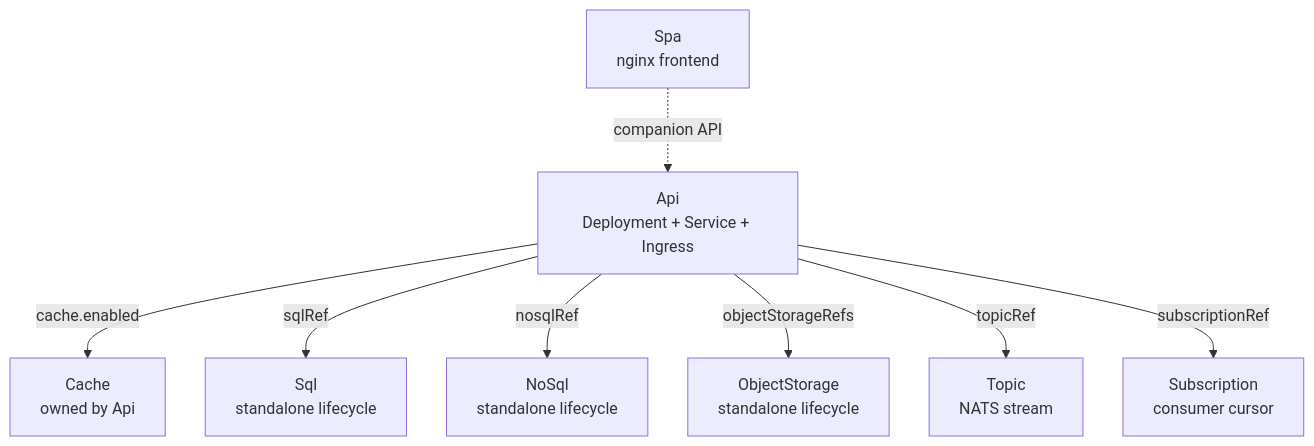
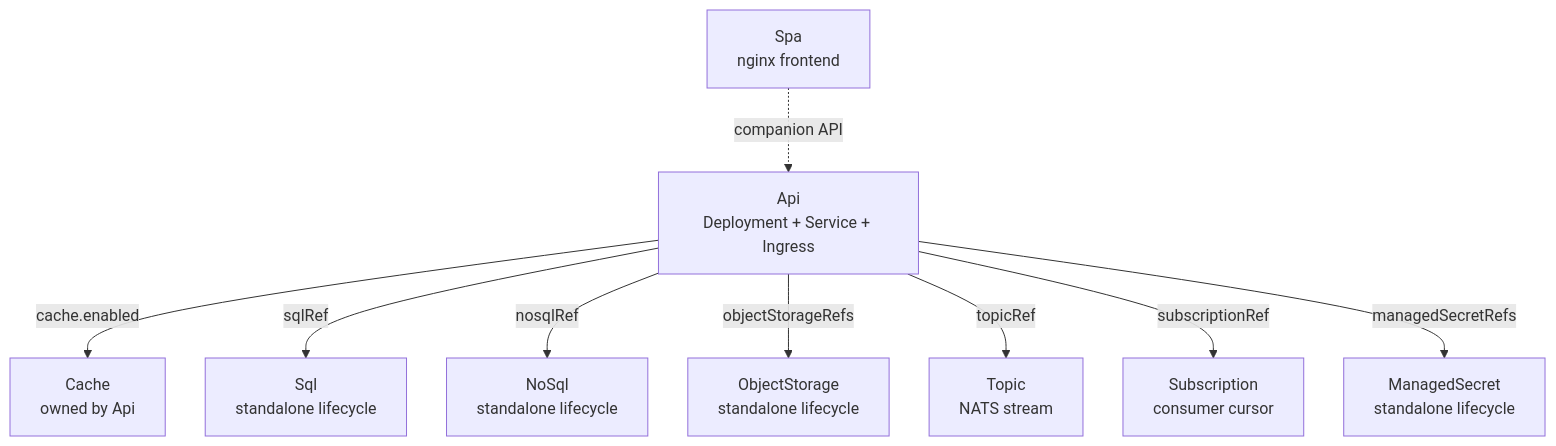
Before and after one commit to cujarrett/homelab: the first of 2 diagrams in platform/README.md, drawn with Mermaid. The commit also changed other lines of this file and 10 other files, not shown here.

Commit message:
feat: fetch ManagedSecret values from Secrets Manager

````diff
--- a/platform/README.md
+++ b/platform/README.md
@@ -33,20 +34,22 @@
 ```mermaid
 %%{init: {'flowchart': {'nodeSpacing': 40, 'rankSpacing': 60}}}%%
 flowchart TD
     api["Api\nDeployment + Service + Ingress"]
     spa["Spa\nnginx frontend"]
     cache["Cache\nowned by Api"]
     sql["Sql\nstandalone lifecycle"]
     nosql["NoSql\nstandalone lifecycle"]
     xos["ObjectStorage\nstandalone lifecycle"]
     topic["Topic\nNATS stream"]
     xsub["Subscription\nconsumer cursor"]
+    xms["ManagedSecret\nstandalone lifecycle"]
 
     api -->|"cache.enabled"| cache
     api -->|"sqlRef"| sql
     api -->|"nosqlRef"| nosql
     api -->|"objectStorageRefs"| xos
     api -->|"topicRef"| topic
     api -->|"subscriptionRef"| xsub
+    api -->|"managedSecretRefs"| xms
     spa -.->|"companion API"| api
 ```
````
